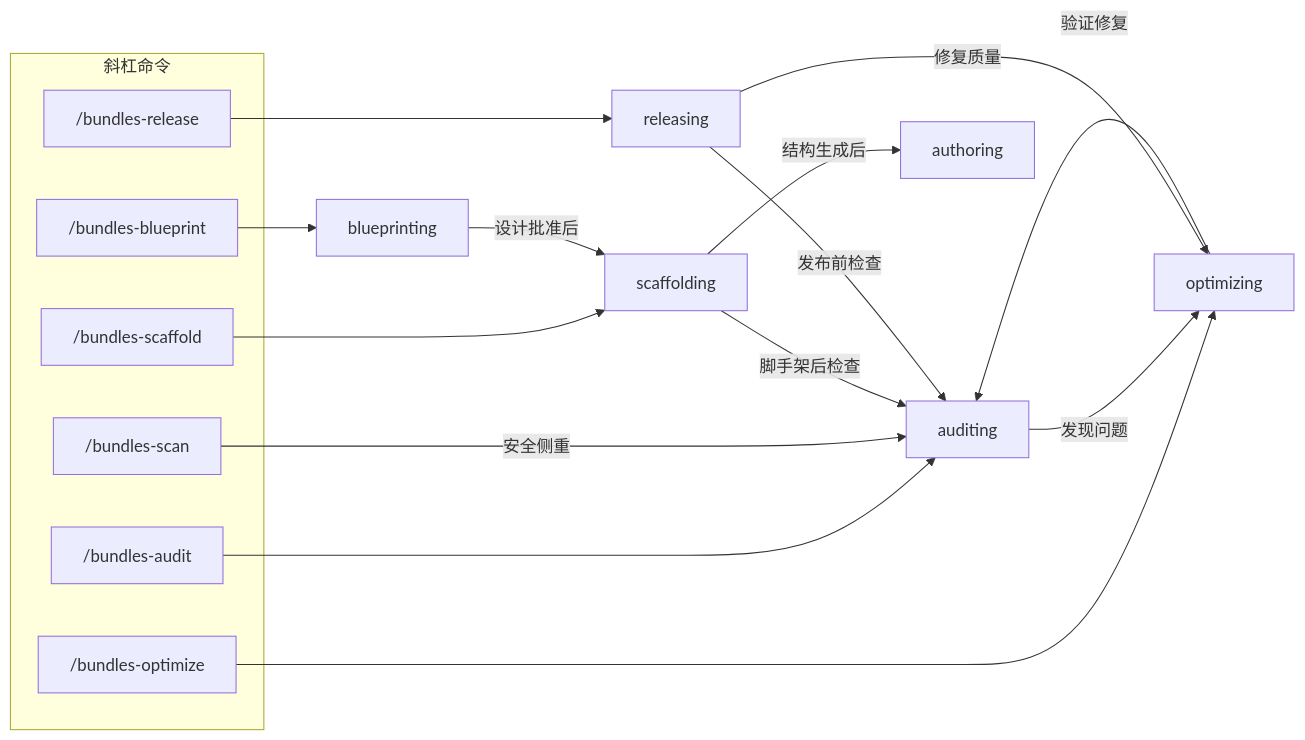
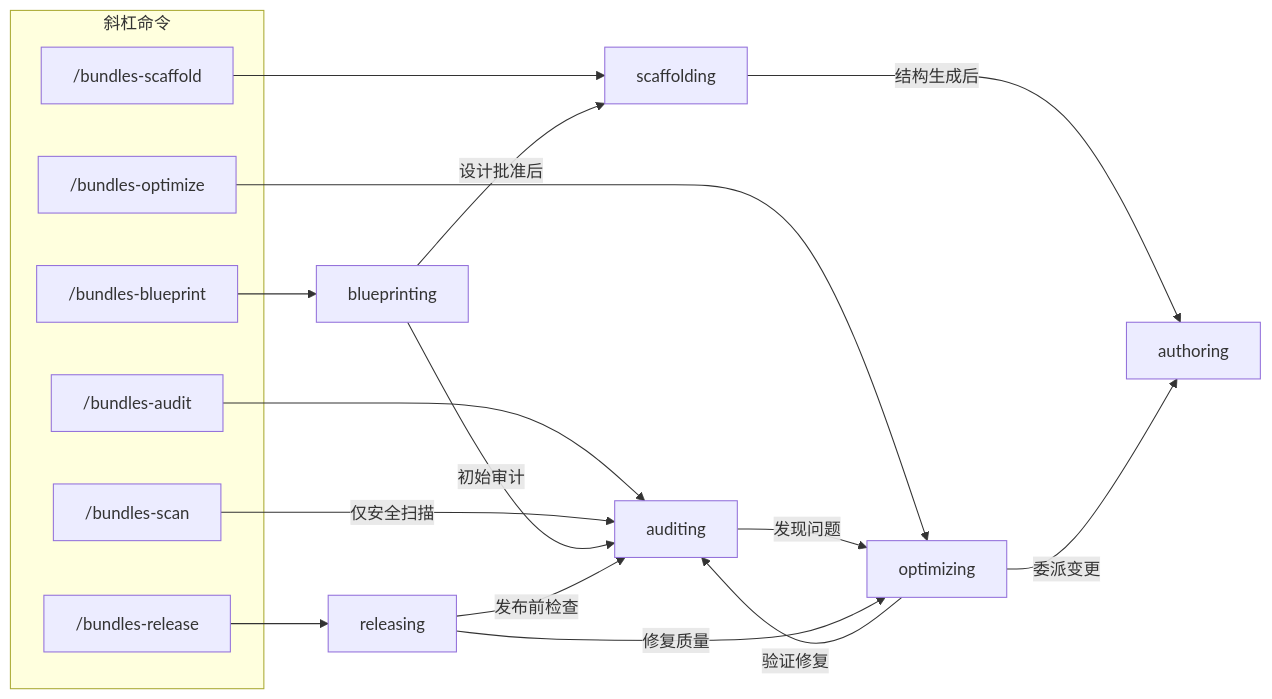
One commit to OdradekAI/skill-engineering-guide changed the third of 3 diagrams in README.zh.md. Above: the diagram before and after it, drawn with Mermaid. The commit also changed other lines of this file and 1 other file, not shown here.

````diff
--- a/README.zh.md
+++ b/README.zh.md
@@ -184,26 +185,27 @@
 ```mermaid
 flowchart LR
     subgraph commands [斜杠命令]
         CMD_BP["/bundles-blueprint"]
         CMD_SF["/bundles-scaffold"]
         CMD_AU["/bundles-audit"]
         CMD_OP["/bundles-optimize"]
         CMD_RE["/bundles-release"]
         CMD_SC["/bundles-scan"]
     end
 
     CMD_BP --> blueprinting
     CMD_SF --> scaffolding
     CMD_AU --> auditing
     CMD_OP --> optimizing
     CMD_RE --> releasing
-    CMD_SC -->|"安全侧重"| auditing
+    CMD_SC -->|"仅安全扫描"| auditing
 
     blueprinting -->|"设计批准后"| scaffolding
+    blueprinting -->|"初始审计"| auditing
     scaffolding -->|"结构生成后"| authoring
-    scaffolding -->|"脚手架后检查"| auditing
     auditing -->|"发现问题"| optimizing
+    optimizing -->|"委派变更"| authoring
     optimizing -->|"验证修复"| auditing
     releasing -->|"发布前检查"| auditing
     releasing -->|"修复质量"| optimizing
 ```
````
